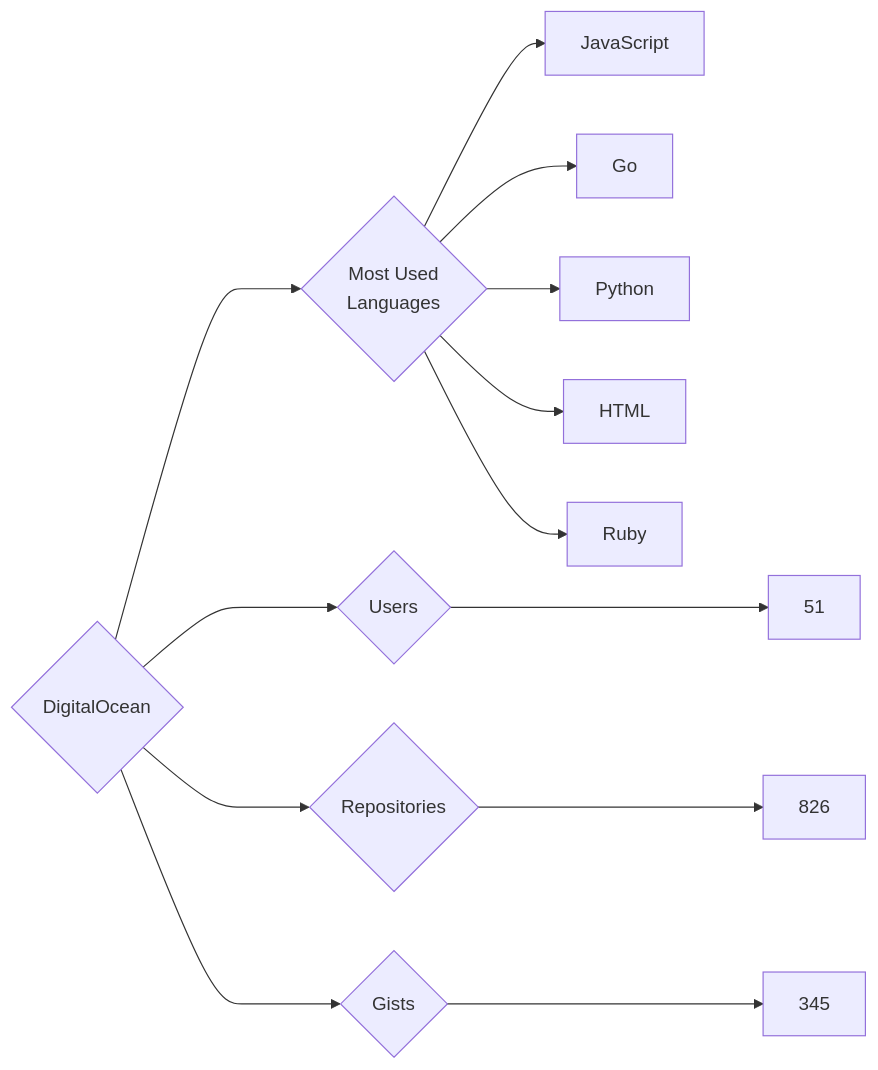
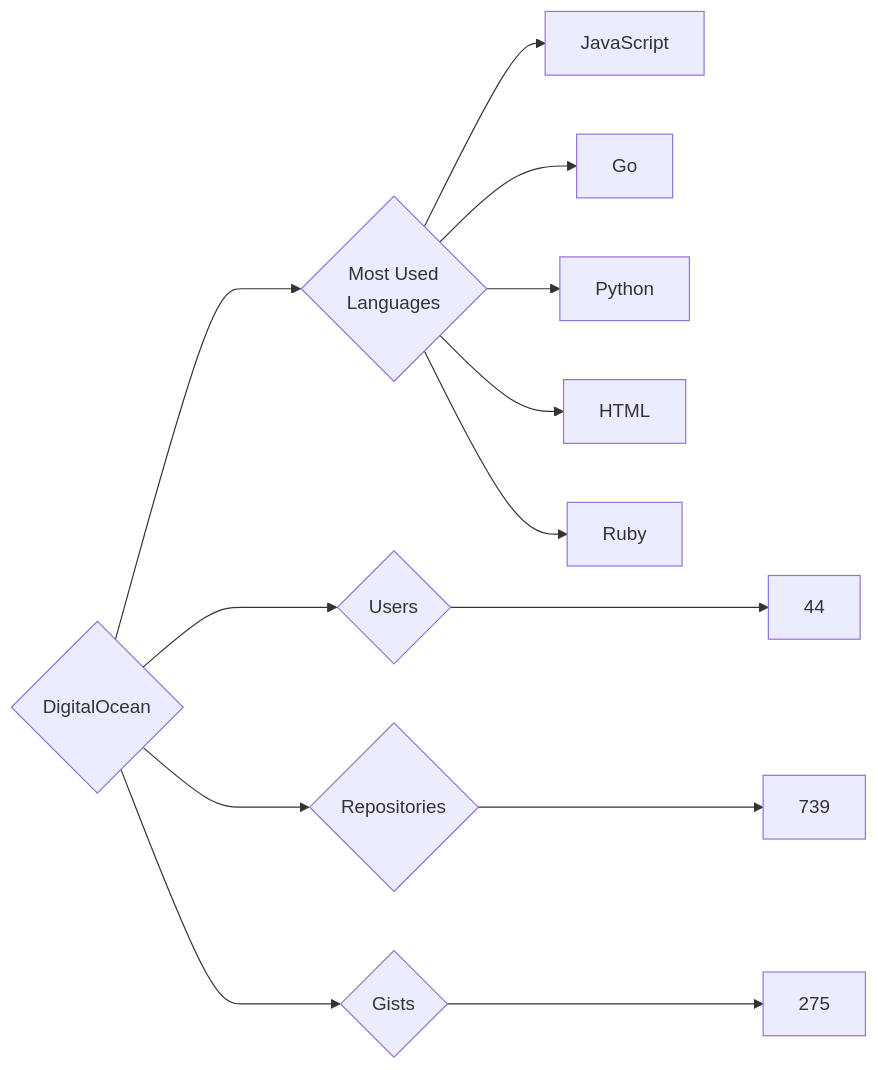
One commit to trickest/insiders changed the diagram in targets/DigitalOcean/README.md. Above: the diagram before and after it, drawn with Mermaid. The commit also changed 924 other files, not shown here.

````diff
--- a/targets/DigitalOcean/README.md
+++ b/targets/DigitalOcean/README.md
@@ -3,13 +3,13 @@
 ```mermaid
 graph LR
 COMPANY_NAME{DigitalOcean}
-COMPANY_NAME ---> U{Users} ---> UN[51]
-COMPANY_NAME ---> R{Repositories} ---> RN[826]
-COMPANY_NAME ---> G{Gists} ---> GN[345]
+COMPANY_NAME ---> U{Users} ---> UN[44]
+COMPANY_NAME ---> R{Repositories} ---> RN[739]
+COMPANY_NAME ---> G{Gists} ---> GN[275]
 COMPANY_NAME ---> ML{Most Used<br>Languages}
 ML --> JavaScript[JavaScript]
 ML --> Go[Go]
 ML --> Python[Python]
 ML --> HTML[HTML]
 ML --> Ruby[Ruby]
 ```
````
